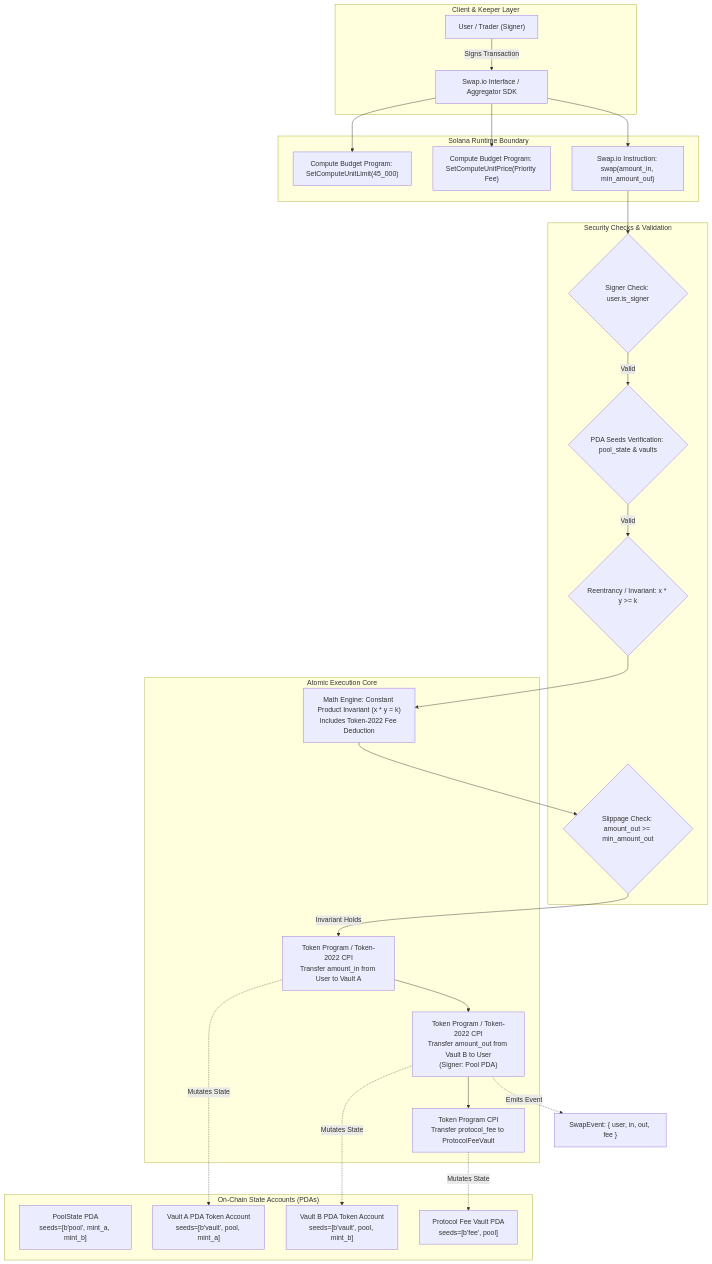
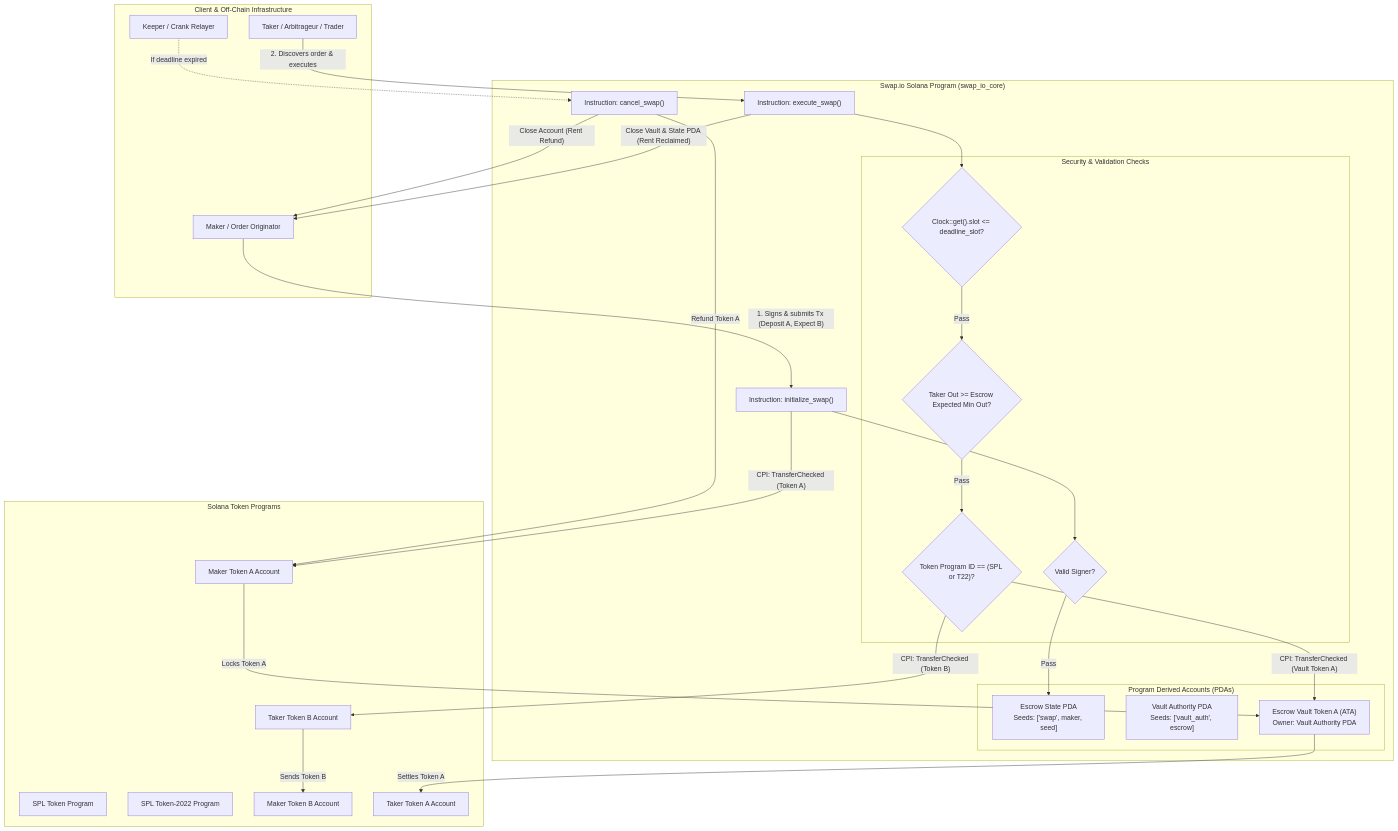
Before and after one commit to wiliancolomboo-tech/web3-create-a-video-about-swap-io-cccbe1: the diagram in README.md, drawn with Mermaid. The commit also changed other lines of this file and 95 other files, not shown here.

````diff
--- a/README.md
+++ b/README.md
@@ -36,53 +28,60 @@
 ```mermaid
 flowchart TD
-    subgraph ClientLayer["Client & Keeper Layer"]
-        User["User / Trader (Signer)"]
-        UI["Swap.io Interface / Aggregator SDK"]
-        User -->|"Signs Transaction"| UI
+    subgraph ClientLayer ["Client & Off-Chain Infrastructure"]
+        Maker["Maker / Order Originator"]
+        Taker["Taker / Arbitrageur / Trader"]
+        Relayer["Keeper / Crank Relayer"]
     end
 
-    subgraph InstructionBoundary["Solana Runtime Boundary"]
-        CU_Limit["Compute Budget Program: SetComputeUnitLimit(45_000)"]
-        CU_Price["Compute Budget Program: SetComputeUnitPrice(Priority Fee)"]
-        SwapIx["Swap.io Instruction: swap(amount_in, min_amount_out)"]
-        UI --> CU_Limit
-        UI --> CU_Price
-        UI --> SwapIx
+    subgraph ProgramBoundary ["Swap.io Solana Program (swap_io_core)"]
+        InitIx["Instruction: initialize_swap()"]
+        ExecIx["Instruction: execute_swap()"]
+        CancelIx["Instruction: cancel_swap()"]
+
+        subgraph PDA_State ["Program Derived Accounts (PDAs)"]
+            EscrowState["Escrow State PDA\nSeeds: ['swap', maker, seed]"]
+            VaultA["Vault Authority PDA\nSeeds: ['vault_auth', escrow]"]
+            EscrowVaultTokenA["Escrow Vault Token A (ATA)\nOwner: Vault Authority PDA"]
+        end
+
+        subgraph GuardRails ["Security & Validation Checks"]
+            SignerCheck{"Valid Signer?"}
+            DeadlineCheck{"Clock::get().slot <= deadline_slot?"}
+            InvariantCheck{"Taker Out >= Escrow Expected Min Out?"}
+            AccountCheck{"Token Program ID == (SPL or T22)?"}
+        end
     end
 
-    subgraph SecurityGuards["Security Checks & Validation"]
-        SG1{"Signer Check: user.is_signer"}
-        SG2{"PDA Seeds Verification: pool_state & vaults"}
-        SG3{"Reentrancy / Invariant: x * y >= k"}
-        SG4{"Slippage Check: amount_out >= min_amount_out"}
+    subgraph SplLayer ["Solana Token Programs"]
+        TokenLegacy["SPL Token Program"]
+        Token2022["SPL Token-2022 Program"]
+        MakerTokenA["Maker Token A Account"]
+        MakerTokenB["Maker Token B Account"]
+        TakerTokenA["Taker Token A Account"]
+        TakerTokenB["Taker Token B Account"]
     end
 
-    SwapIx --> SG1
-    SG1 -->|Valid| SG2
-    SG2 -->|Valid| SG3
+    %% Lifecycle Flows
+    Maker -->|"1. Signs & submits Tx (Deposit A, Expect B)"| InitIx
+    InitIx --> SignerCheck
+    SignerCheck -->|"Pass"| EscrowState
+    InitIx -->|"CPI: TransferChecked (Token A)"| MakerTokenA
+    MakerTokenA -->|"Locks Token A"| EscrowVaultTokenA
 
-    subgraph StateAccounts["On-Chain State Accounts (PDAs)"]
-        PoolPDA["PoolState PDA<br/>seeds=[b'pool', mint_a, mint_b]"]
-        VaultA["Vault A PDA Token Account<br/>seeds=[b'vault', pool, mint_a]"]
-        VaultB["Vault B PDA Token Account<br/>seeds=[b'vault', pool, mint_b]"]
-        ProtocolFeeVault["Protocol Fee Vault PDA<br/>seeds=[b'fee', pool]"]
-    end
+    Taker -->|"2. Discovers order & executes"| ExecIx
+    ExecIx --> DeadlineCheck
+    DeadlineCheck -->|"Pass"| InvariantCheck
+    InvariantCheck -->|"Pass"| AccountCheck
 
-    subgraph ExecutionEngine["Atomic Execution Core"]
-        CalcMath["Math Engine: Constant Product Invariant (x * y = k)<br/>Includes Token-2022 Fee Deduction"]
-        CPI_In["Token Program / Token-2022 CPI<br/>Transfer amount_in from User to Vault A"]
-        CPI_Out["Token Program / Token-2022 CPI<br/>Transfer amount_out from Vault B to User<br/>(Signer: Pool PDA)"]
-        CPI_Fee["Token Program CPI<br/>Transfer protocol_fee to ProtocolFeeVault"]
-    end
+    AccountCheck -->|"CPI: TransferChecked (Token B)"| TakerTokenB
+    TakerTokenB -->|"Sends Token B"| MakerTokenB
 
-    SG3 --> CalcMath
-    CalcMath --> SG4
-    SG4 -->|Invariant Holds| CPI_In
-    CPI_In --> CPI_Out
-    CPI_Out --> CPI_Fee
+    AccountCheck -->|"CPI: TransferChecked (Vault Token A)"| EscrowVaultTokenA
+    EscrowVaultTokenA -->|"Settles Token A"| TakerTokenA
 
-    CPI_In -.->|Mutates State| VaultA
-    CPI_Out -.->|Mutates State| VaultB
-    CPI_Fee -.->|Mutates State| ProtocolFeeVault
-    CPI_Out -.->|Emits Event| SwapEvent["SwapEvent: { user, in, out, fee }"]
+    ExecIx -->|"Close Vault & State PDA (Rent Reclaimed)"| Maker
+
+    Relayer -.->|"If deadline expired"| CancelIx
+    CancelIx -->|"Refund Token A"| MakerTokenA
+    CancelIx -->|"Close Account (Rent Refund)"| Maker
 ```
````
